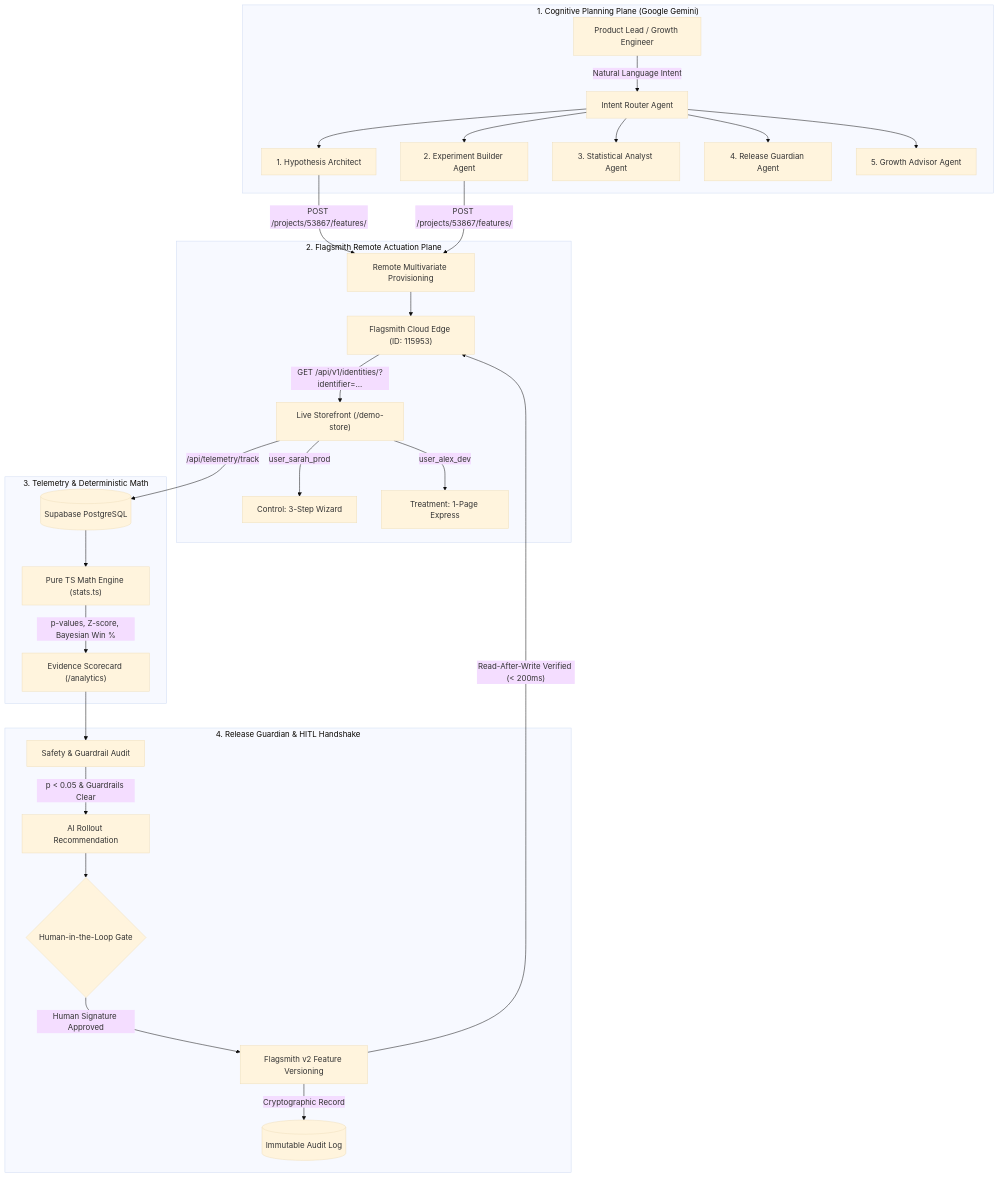
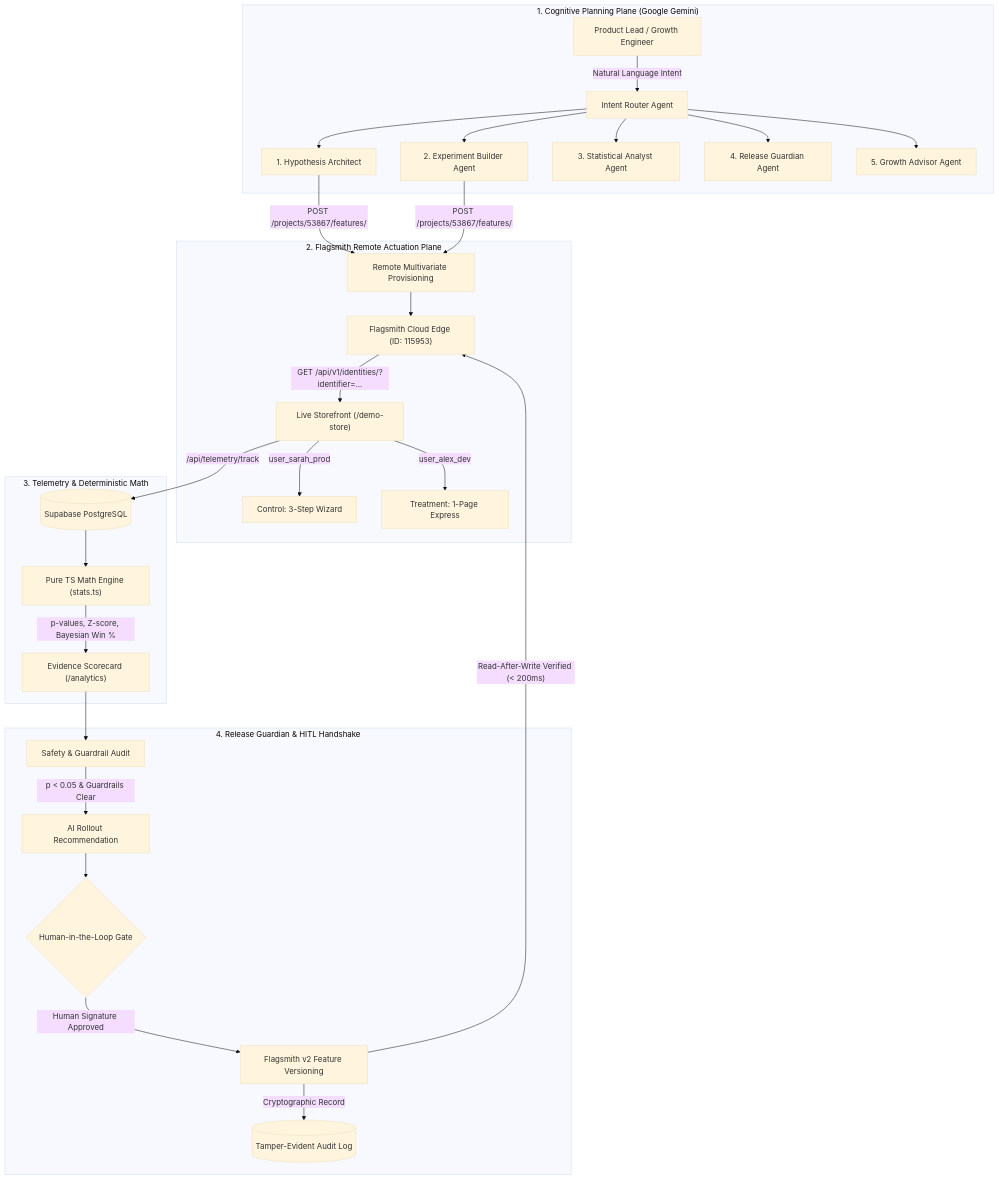
One commit to Shubhamver45/PulsePilot changed the diagram in README.md. Above: the diagram before and after it, drawn with Mermaid (base theme). The commit also changed other lines of this file and 4 other files, not shown here.

Commit message:
feat(track-02): statistical integrity, cryptographic audit chains, and Flagsmith edge telemetry

````diff
--- a/README.md
+++ b/README.md
@@ -41,34 +41,34 @@
 ```mermaid
 flowchart TD
     subgraph PlanningPlane["1. Cognitive Planning Plane (Google Gemini)"]
       User["Product Lead / Growth Engineer"] -->|"Natural Language Intent"| Dispatcher["Intent Router Agent"]
       Dispatcher --> Strategy["1. Hypothesis Architect"]
       Dispatcher --> Builder["2. Experiment Builder Agent"]
       Dispatcher --> Analytics["3. Statistical Analyst Agent"]
       Dispatcher --> Guardian["4. Release Guardian Agent"]
       Dispatcher --> Advisor["5. Growth Advisor Agent"]
     end
 
     subgraph ActuationPlane["2. Flagsmith Remote Actuation Plane"]
       Strategy & Builder -->|"POST /projects/53867/features/"| FS_Create["Remote Multivariate Provisioning"]
       FS_Create --> FS_Edge["Flagsmith Cloud Edge (ID: 115953)"]
       FS_Edge -->|"GET /api/v1/identities/?identifier=..."| Store["Live Storefront (/demo-store)"]
       Store -->|"user_sarah_prod"| V_Control["Control: 3-Step Wizard"]
       Store -->|"user_alex_dev"| V_Treatment["Treatment: 1-Page Express"]
     end
 
     subgraph TelemetryPlane["3. Telemetry & Deterministic Math"]
       Store -->|"/api/telemetry/track"| DB[(Supabase PostgreSQL)]
       DB --> MathEngine["Pure TS Math Engine (stats.ts)"]
       MathEngine -->|"p-values, Z-score, Bayesian Win %"| Scorecard["Evidence Scorecard (/analytics)"]
     end
 
     subgraph GovernancePlane["4. Release Guardian & HITL Handshake"]
       Scorecard --> GuardianCheck["Safety & Guardrail Audit"]
       GuardianCheck -->|"p < 0.05 & Guardrails Clear"| Rec["AI Rollout Recommendation"]
       Rec --> HITL{"Human-in-the-Loop Gate"}
       HITL -->|"Human Signature Approved"| FS_Mutate["Flagsmith v2 Feature Versioning"]
       FS_Mutate -->|"Read-After-Write Verified (< 200ms)"| FS_Edge
-      FS_Mutate -->|"Cryptographic Record"| Audit[(Immutable Audit Log)]
+      FS_Mutate -->|"Cryptographic Record"| Audit[(Tamper-Evident Audit Log)]
     end
 ```
````
